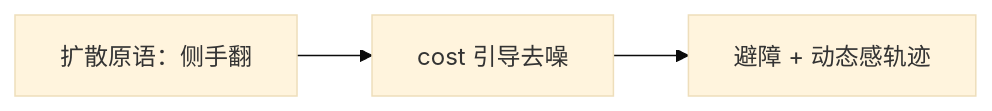
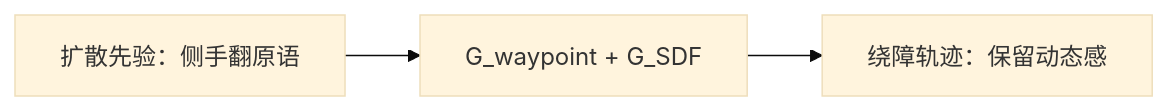
One commit to ImChong/Humanoid_Robot_Learning_Paper_Notebooks changed the third of 3 diagrams in papers/01_Foundational_RL/BeyondMimic/BeyondMimic.md. Above: the diagram before and after it, drawn with Mermaid (base theme). The commit also changed other lines of this file, not shown here.

```diff
--- a/papers/01_Foundational_RL/BeyondMimic/BeyondMimic.md
+++ b/papers/01_Foundational_RL/BeyondMimic/BeyondMimic.md
@@ -86,5 +304,5 @@
 <div class="mermaid">
 flowchart LR
-    D["扩散原语：侧手翻"] --> G["cost 引导去噪"]
-    G --> OUT["避障 + 动态感轨迹"]
+    D["扩散先验：侧手翻原语"] --> G["G_waypoint + G_SDF"]
+    G --> OUT["绕障轨迹：保留动态感"]
 </div>
```
